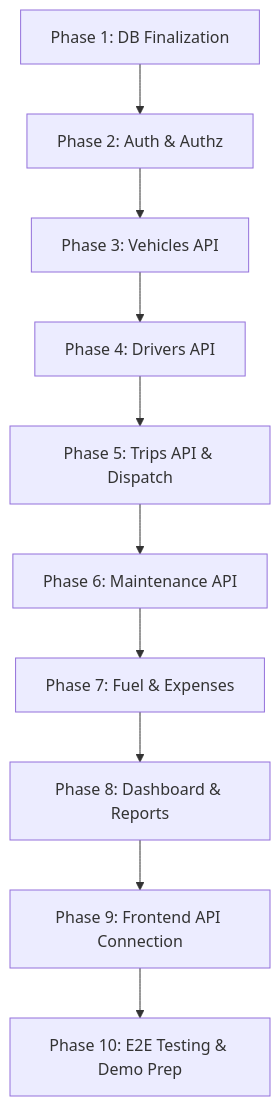
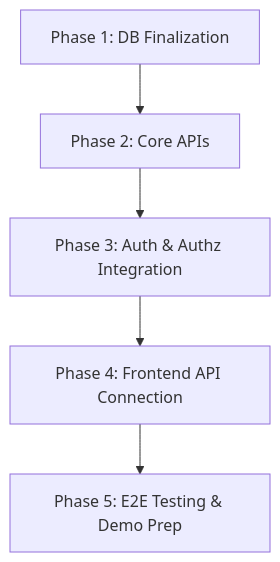
Before and after one commit to hetanshs-cmd/odoo-hackathon: the diagram in docs/development-roadmap.md, drawn with Mermaid. The commit also changed other lines of this file and 11 other files, not shown here.

````diff
--- a/docs/development-roadmap.md
+++ b/docs/development-roadmap.md
@@ -77,12 +87,7 @@
 ```mermaid
 graph TD
-    P1[Phase 1: DB Finalization] --> P2[Phase 2: Auth & Authz]
-    P2 --> P3[Phase 3: Vehicles API]
-    P3 --> P4[Phase 4: Drivers API]
-    P4 --> P5[Phase 5: Trips API & Dispatch]
-    P5 --> P6[Phase 6: Maintenance API]
-    P6 --> P7[Phase 7: Fuel & Expenses]
-    P7 --> P8[Phase 8: Dashboard & Reports]
-    P8 --> P9[Phase 9: Frontend API Connection]
-    P9 --> P10[Phase 10: E2E Testing & Demo Prep]
+    P1[Phase 1: DB Finalization] --> P2[Phase 2: Core APIs]
+    P2 --> P3[Phase 3: Auth & Authz Integration]
+    P3 --> P4[Phase 4: Frontend API Connection]
+    P4 --> P5[Phase 5: E2E Testing & Demo Prep]
 ```
````
